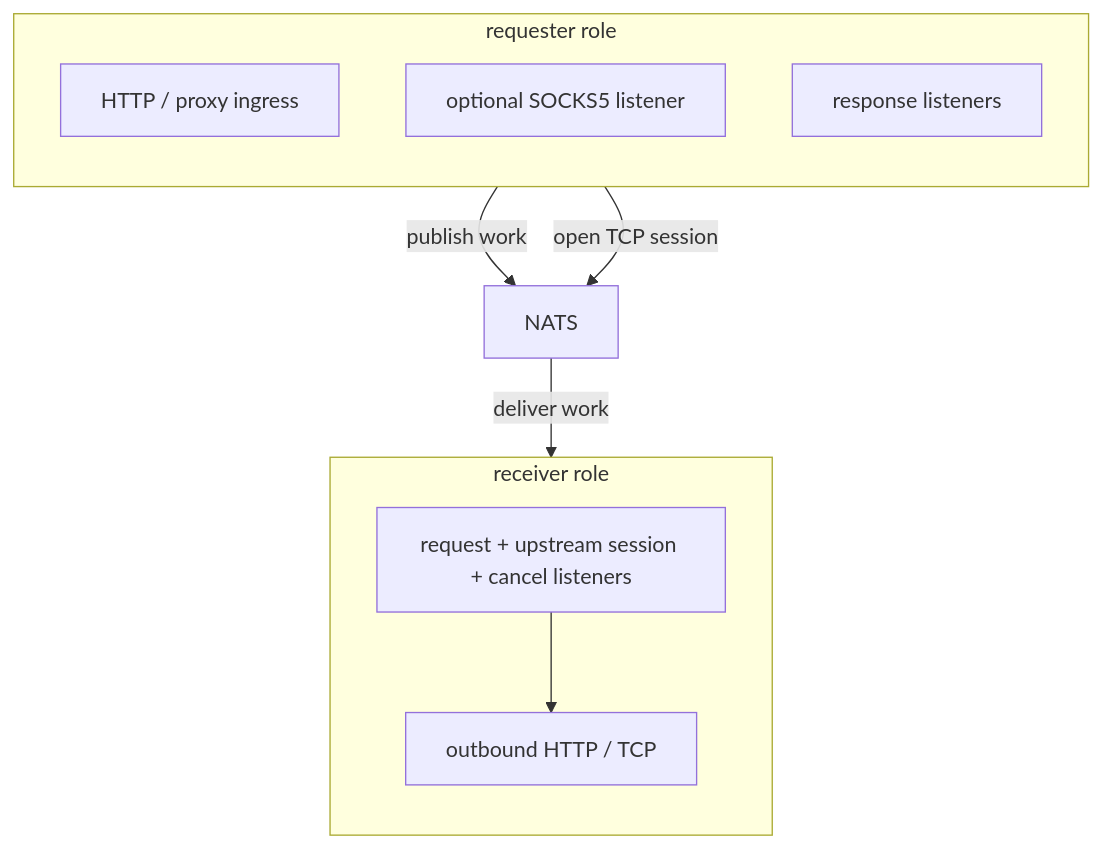
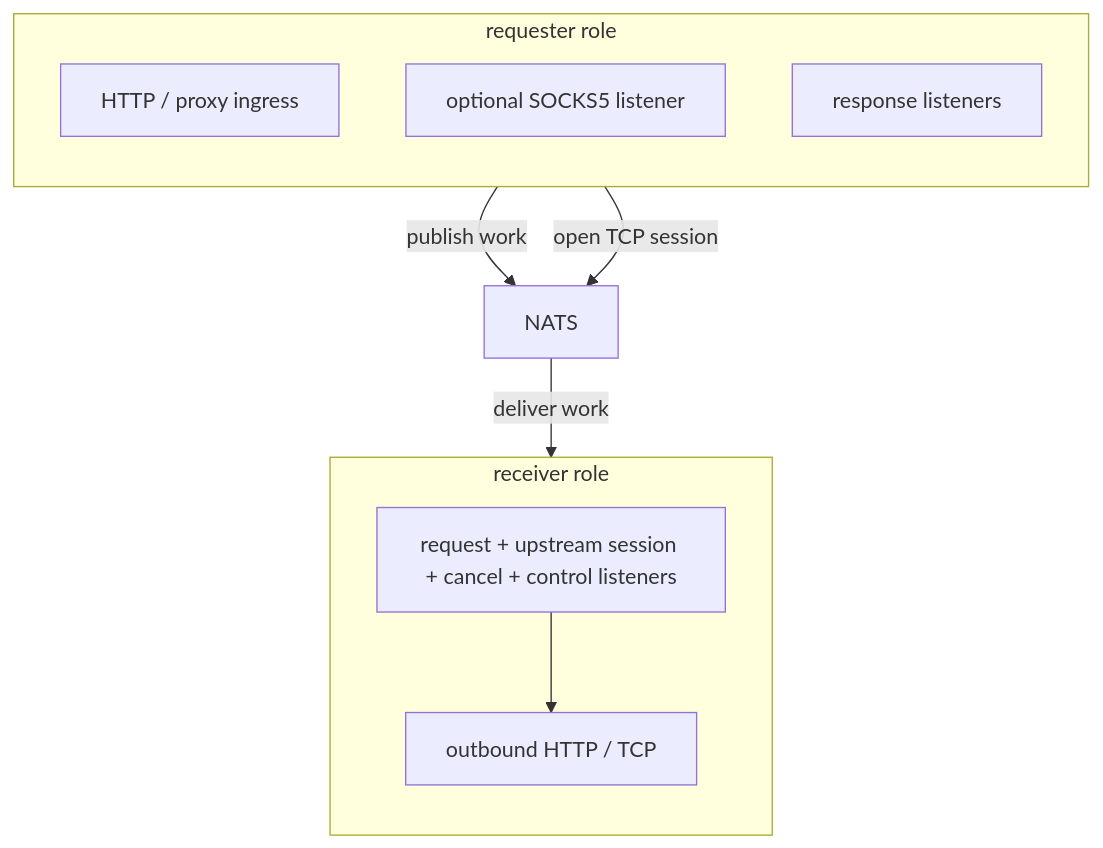
The second of 2 diagrams in docs-site/src/content/docs/architecture/overview.md (artyomb/nats-proxy), drawn with Mermaid before and after one commit. The commit also changed other lines of this file and 9 other files, not shown here.

First line of the commit message:
docs: document flow control in nats-proxy docs

````diff
--- a/docs-site/src/content/docs/architecture/overview.md
+++ b/docs-site/src/content/docs/architecture/overview.md
@@ -44,22 +44,22 @@
 ```mermaid
 flowchart TB
   subgraph requester["requester role"]
     direction TB
     req_ingress["HTTP / proxy ingress"]
     req_socks["optional SOCKS5 listener"]
     req_return["response listeners"]
   end
 
   nats["NATS"]
 
   subgraph receiver["receiver role"]
     direction TB
-    rec_listen["request + upstream session + cancel listeners"]
+    rec_listen["request + upstream session + cancel + control listeners"]
     rec_out["outbound HTTP / TCP"]
   end
 
   req_ingress -->|publish work| nats
   req_socks -->|open TCP session| nats
   nats -->|deliver work| rec_listen
   rec_listen --> rec_out
 ```
````
